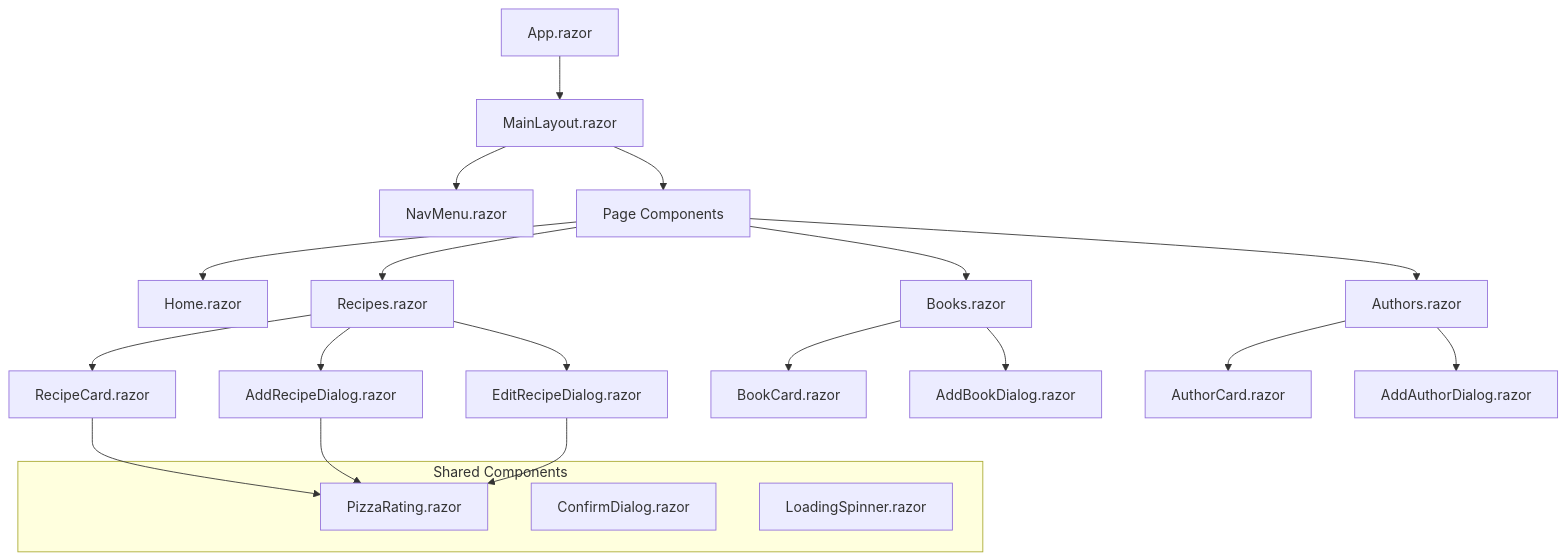
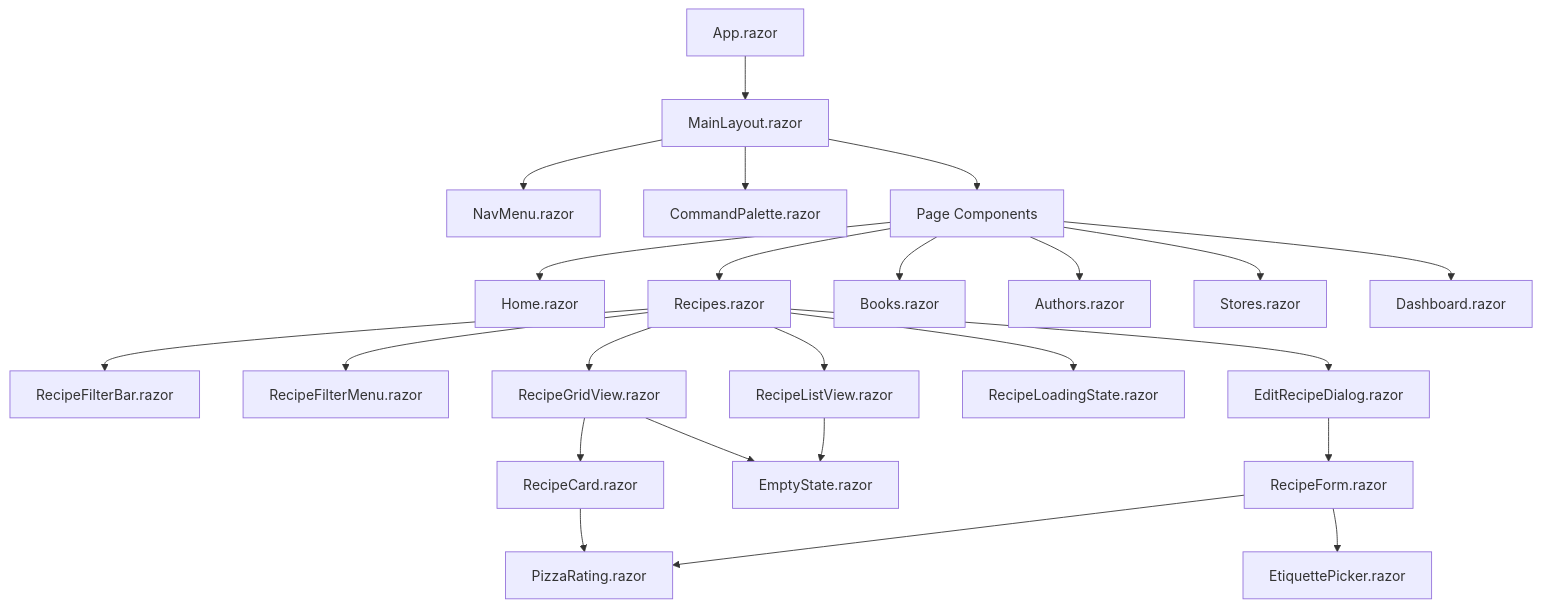
Before and after one commit to mongeon/RecettesIndex: the fourth of 9 diagrams in docs/ARCHITECTURE.md, drawn with Mermaid. The commit also changed other lines of this file, not shown here.

First line of the commit message:
docs: remove architecture content that describes code the project does not have

````diff
--- a/docs/ARCHITECTURE.md
+++ b/docs/ARCHITECTURE.md
@@ -155,31 +156,30 @@
 ```mermaid
 graph TD
-    A[App.razor] --> B[MainLayout.razor]
-    B --> C[NavMenu.razor]
-    B --> D[Page Components]
-    
-    D --> E[Home.razor]
-    D --> F[Recipes.razor]
-    D --> G[Books.razor]
-    D --> H[Authors.razor]
-    
-    F --> I[RecipeCard.razor]
-    F --> J[AddRecipeDialog.razor]
-    F --> K[EditRecipeDialog.razor]
-    
-    G --> L[BookCard.razor]
-    G --> M[AddBookDialog.razor]
-    
-    H --> N[AuthorCard.razor]
-    H --> O[AddAuthorDialog.razor]
-    
-    subgraph "Shared Components"
-        P[PizzaRating.razor]
-        Q[ConfirmDialog.razor]
-        R[LoadingSpinner.razor]
-    end
-    
-    I --> P
-    J --> P
-    K --> P
+    App[App.razor] --> Layout[MainLayout.razor]
+    Layout --> Nav[NavMenu.razor]
+    Layout --> Palette[CommandPalette.razor]
+    Layout --> Pages[Page Components]
+
+    Pages --> Home[Home.razor]
+    Pages --> Recipes[Recipes.razor]
+    Pages --> Books[Books.razor]
+    Pages --> Authors[Authors.razor]
+    Pages --> Stores[Stores.razor]
+    Pages --> Dashboard[Dashboard.razor]
+
+    Recipes --> FilterBar[RecipeFilterBar.razor]
+    Recipes --> FilterMenu[RecipeFilterMenu.razor]
+    Recipes --> Grid[RecipeGridView.razor]
+    Recipes --> ListView[RecipeListView.razor]
+    Recipes --> Loading[RecipeLoadingState.razor]
+    Recipes --> EditDialog[EditRecipeDialog.razor]
+
+    Grid --> Card[RecipeCard.razor]
+    Card --> Rating[PizzaRating.razor]
+    EditDialog --> Form[RecipeForm.razor]
+    Form --> Rating
+    Form --> Etiquettes[EtiquettePicker.razor]
+
+    Grid --> Empty[EmptyState.razor]
+    ListView --> Empty
 ```
````
